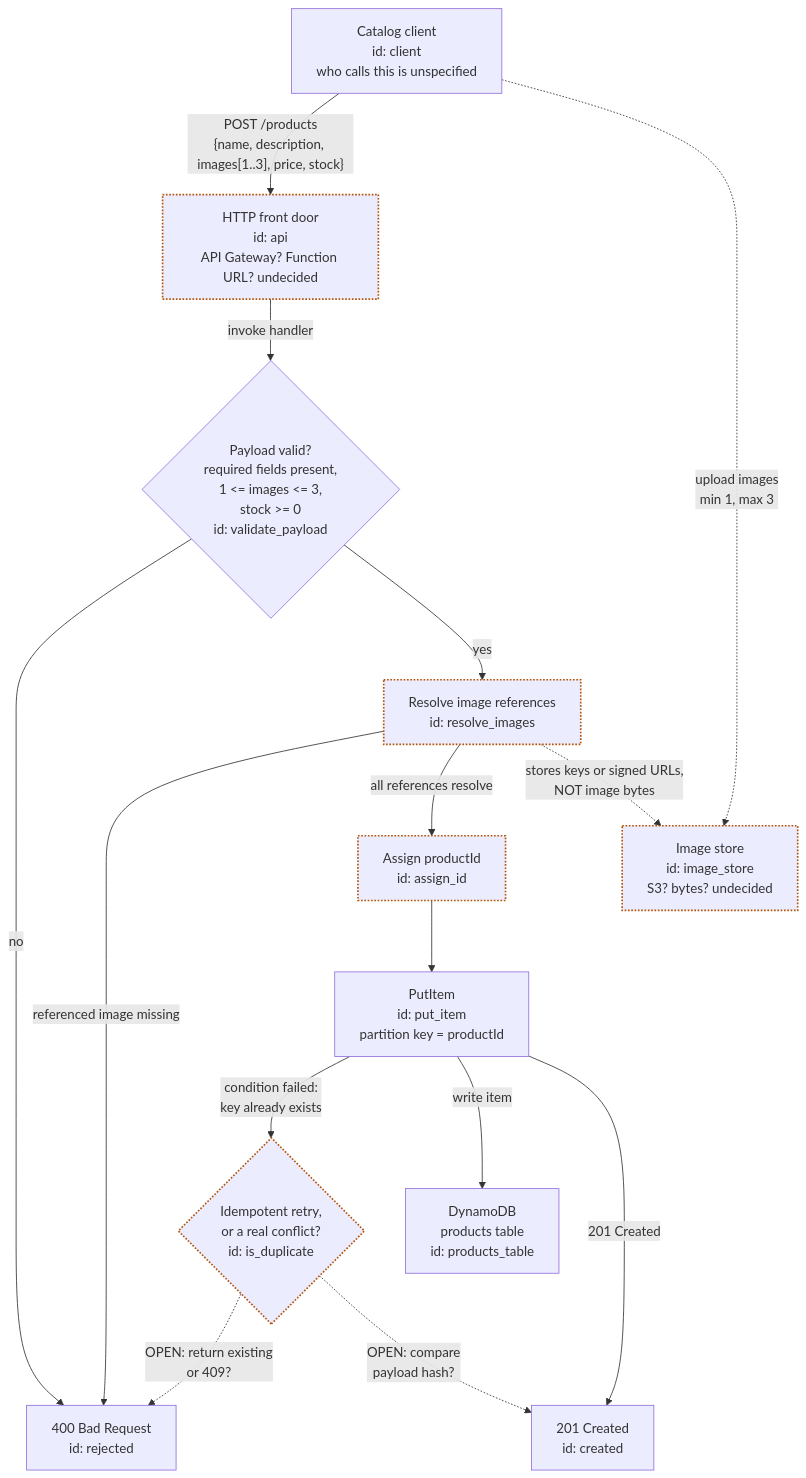
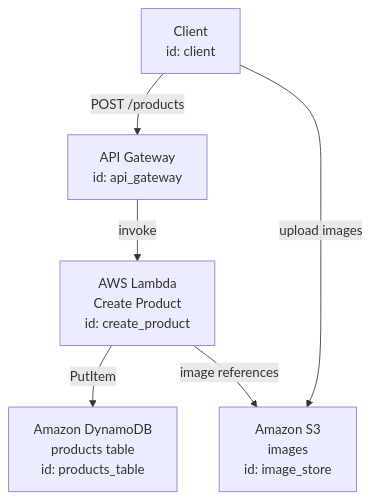
Before and after one commit to yamid-granda/aws-marketplace-study: the diagram in diagrams/00-system.mmd, drawn with Mermaid. The commit also changed 4 other files, not shown here.

```diff
--- a/diagrams/00-system.mmd
+++ b/diagrams/00-system.mmd
@@ -1,73 +1,31 @@
 %% AWS Marketplace — system design flow.
 %% Ref: docs/system.md -> "Specified"
 %% 
-%% Create Product is the only feature so far, so the whole system is one
-%% diagram. When features are added, extend this file and split only once it
-%% stops being legible — see diagrams/README.md -> "When to split".
+%% Create Product is the only feature so far, so the whole system design fits
+%% one diagram. When features are added, extend this file and split only once
+%% it stops being legible — see diagrams/README.md -> "When to split".
 %% 
-%% PROVENANCE, per docs/system.md:
-%%   solid          = specified (one endpoint; Lambda compute; DynamoDB storage)
-%%   dashed + amber = INFERRED or undecided — not a decision, do not build on it
-%% 
-%% No vendor, no customer, no billing. An earlier revision of this file
-%% described an AWS Marketplace seller integration; it was invented, not
-%% specified, and has been removed.
+%% Provenance: solid = specified by the owner. Every node here is specified.
+%% If a future feature adds an undecided part, mark it with
+%%   classDef notspecified stroke-width:2px,stroke:#b45309,stroke-dasharray: 2 2
+%%   class that_node notspecified
+%% so a guess can never render as solid. See diagrams/README.md -> "Provenance".
 
 flowchart TB
 
-  %% ── request ────────────────────────────────────────────────────────────
+  client["Client<br/>id: client"]
 
-  client["Catalog client<br/>id: client<br/>who calls this is unspecified"]
+  api_gateway["API Gateway<br/>id: api_gateway"]
 
-  client -- "POST /products<br/>{name, description, images[1..3], price, stock}" --> api
+  create_product["AWS Lambda<br/>Create Product<br/>id: create_product"]
 
-  api["HTTP front door<br/>id: api<br/>API Gateway? Function URL? undecided"]
+  products_table["Amazon DynamoDB<br/>products table<br/>id: products_table"]
 
-  api -- "invoke handler" --> validate_payload
+  image_store["Amazon S3<br/>images<br/>id: image_store"]
 
-  %% ── handler ────────────────────────────────────────────────────────────
+  client -- "POST /products" --> api_gateway
+  api_gateway -- "invoke" --> create_product
+  create_product -- "PutItem" --> products_table
 
-  validate_payload{"Payload valid?<br/>required fields present,<br/>1 <= images <= 3,<br/>stock >= 0<br/>id: validate_payload"}
-  validate_payload -- "no" --> rejected["400 Bad Request<br/>id: rejected"]
-  validate_payload -- "yes" --> resolve_images
-
-  %% 'images' is specified as a count, not as a type. Whether these are S3 keys,
-  %% signed URLs, or something else is unresolved.
-  resolve_images["Resolve image references<br/>id: resolve_images"]
-  resolve_images -- "referenced image missing" --> rejected
-  resolve_images -- "all references resolve" --> assign_id
-
-  %% The payload has no productId. This becomes the DynamoDB partition key, so
-  %% the choice is not local — it constrains every later endpoint.
-  assign_id["Assign productId<br/>id: assign_id"]
-
-  assign_id --> put_item
-
-  put_item["PutItem<br/>id: put_item<br/>partition key = productId"]
-
-  %% Lambda retries on failure. Whether this collision can happen at all depends
-  %% on assign_id — server-generated ids cannot collide across retries,
-  %% caller-supplied ones can.
-  put_item -- "condition failed:<br/>key already exists" --> is_duplicate
-  is_duplicate{"Idempotent retry,<br/>or a real conflict?<br/>id: is_duplicate"}
-  is_duplicate -. "OPEN: return existing<br/>or 409?" .-> rejected
-  is_duplicate -. "OPEN: compare<br/>payload hash?" .-> created
-
-  %% ── persistence and response ───────────────────────────────────────────
-
-  put_item -- "write item" --> products_table
-
-  products_table["DynamoDB<br/>products table<br/>id: products_table"]
-
-  put_item -- "201 Created" --> created["201 Created<br/>id: created"]
-
-  %% ── images ─────────────────────────────────────────────────────────────
-
-  client -. "upload images<br/>min 1, max 3" .-> image_store
-  resolve_images -. "stores keys or signed URLs,<br/>NOT image bytes" .-> image_store
-
-  image_store["Image store<br/>id: image_store<br/>S3? bytes? undecided"]
-
-  %% Amber dashed = inferred or undecided. See docs/system.md provenance rule.
-  classDef notspecified stroke-width:2px,stroke:#b45309,stroke-dasharray: 2 2
-  class api,image_store,resolve_images,assign_id,is_duplicate notspecified
+  client -- "upload images" --> image_store
+  create_product -- "image references" --> image_store
```
